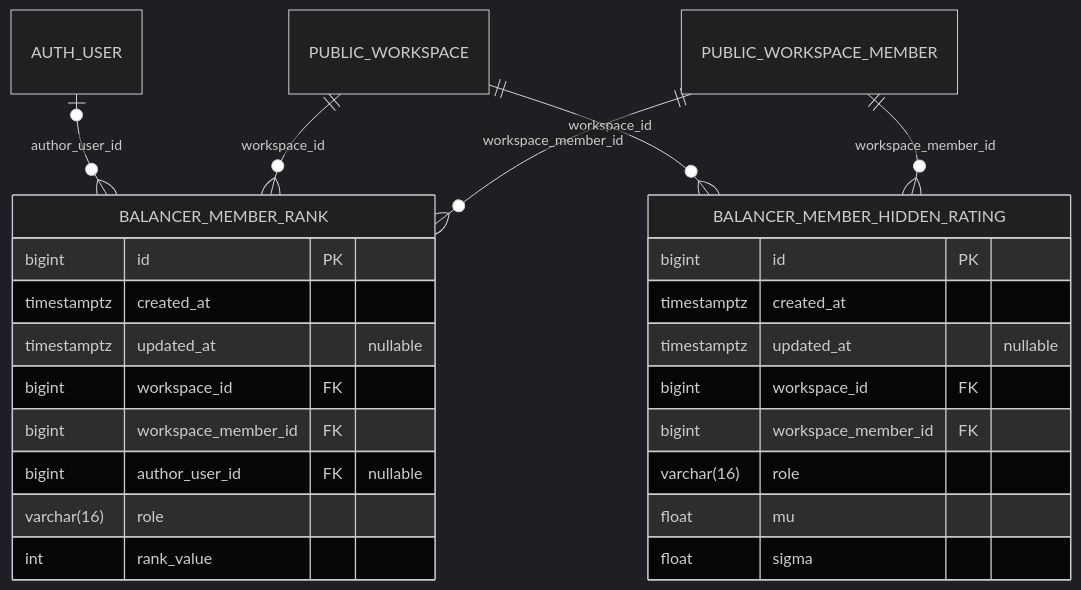
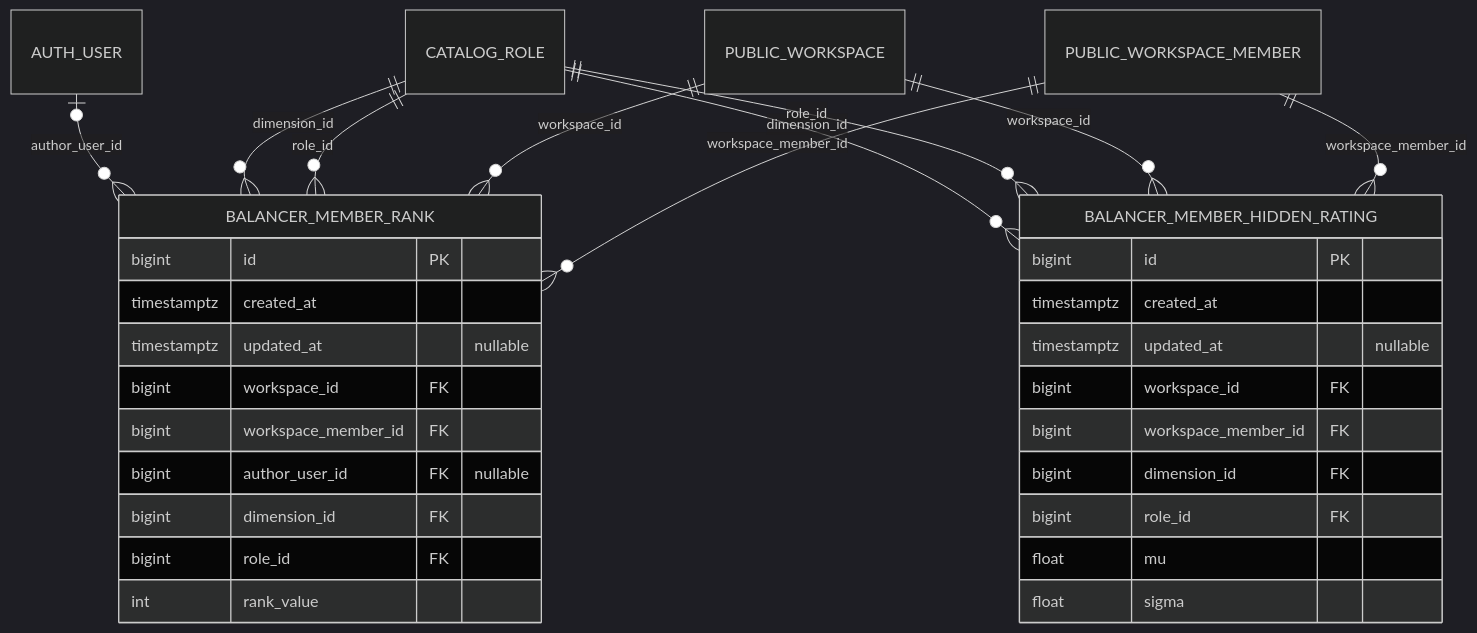
The fourth of 21 diagrams in docs/database_erd.md (CraazzzyyFoxx/anak-tournaments), drawn with Mermaid (dark theme) before and after one commit. The commit also changed other lines of this file and 40 other files, not shown here.

Commit message:
feat(ranks): ranks and hidden ratings hold catalog roles of their discipline

````diff
--- a/docs/database_erd.md
+++ b/docs/database_erd.md
@@ -512,29 +512,35 @@
 ```mermaid
 erDiagram
     BALANCER_MEMBER_HIDDEN_RATING {
         bigint id PK
         timestamptz created_at
         timestamptz updated_at "nullable"
         bigint workspace_id FK
         bigint workspace_member_id FK
-        varchar(16) role
+        bigint dimension_id FK
+        bigint role_id FK
         float mu
         float sigma
     }
     BALANCER_MEMBER_RANK {
         bigint id PK
         timestamptz created_at
         timestamptz updated_at "nullable"
         bigint workspace_id FK
         bigint workspace_member_id FK
         bigint author_user_id FK "nullable"
-        varchar(16) role
+        bigint dimension_id FK
+        bigint role_id FK
         int rank_value
     }
 
     AUTH_USER |o--o{ BALANCER_MEMBER_RANK : "author_user_id"
+    CATALOG_ROLE ||--o{ BALANCER_MEMBER_HIDDEN_RATING : "dimension_id"
+    CATALOG_ROLE ||--o{ BALANCER_MEMBER_HIDDEN_RATING : "role_id"
+    CATALOG_ROLE ||--o{ BALANCER_MEMBER_RANK : "dimension_id"
+    CATALOG_ROLE ||--o{ BALANCER_MEMBER_RANK : "role_id"
     PUBLIC_WORKSPACE ||--o{ BALANCER_MEMBER_HIDDEN_RATING : "workspace_id"
     PUBLIC_WORKSPACE ||--o{ BALANCER_MEMBER_RANK : "workspace_id"
     PUBLIC_WORKSPACE_MEMBER ||--o{ BALANCER_MEMBER_HIDDEN_RATING : "workspace_member_id"
     PUBLIC_WORKSPACE_MEMBER ||--o{ BALANCER_MEMBER_RANK : "workspace_member_id"
 ```
````
